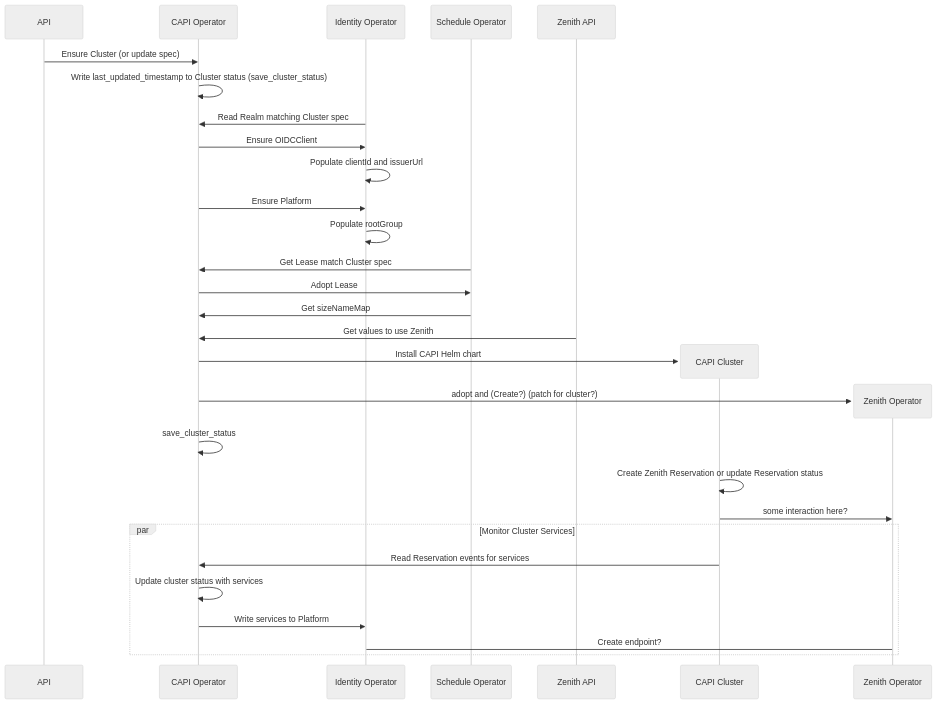
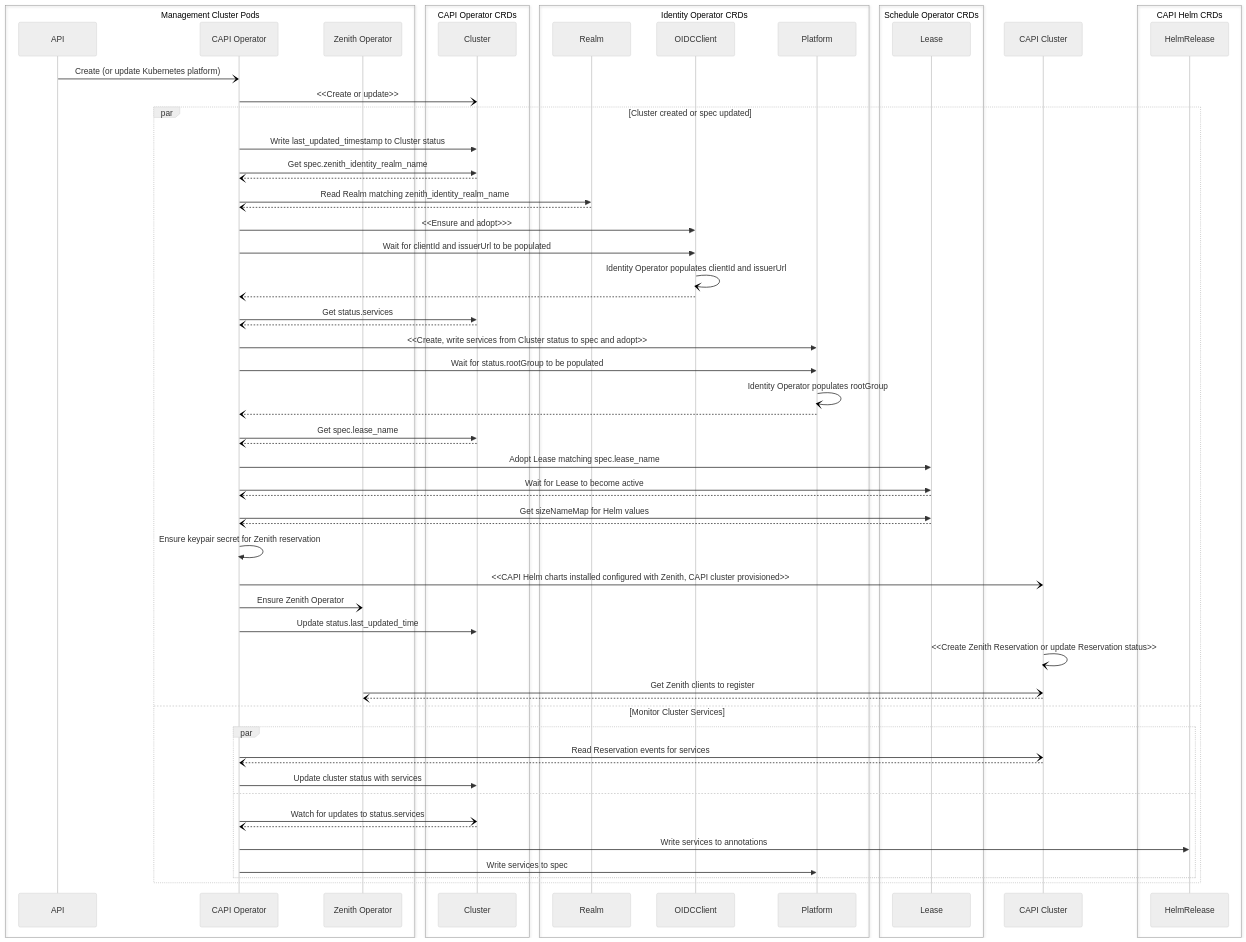
One commit to azimuth-cloud/azimuth-capi-operator changed the first of 2 diagrams in README.md. Above: the diagram before and after it, drawn with Mermaid (neutral theme). The commit also changed other lines of this file, not shown here.

Commit message:
updated to be in terms of CRD read/writes

````diff
--- a/README.md
+++ b/README.md
@@ -3,32 +3,67 @@
 ```mermaid
 sequenceDiagram
+    box Management Cluster Pods
     participant api as API
     participant capi as CAPI Operator
-    participant identity as Identity Operator
-    participant schedule as Schedule Operator
-    participant zenith-api as Zenith API
-    api->>capi: Ensure Cluster (or update spec)
-    capi->>capi: Write last_updated_timestamp to Cluster status (save_cluster_status)
-    identity->>capi: Read Realm matching Cluster spec
-    capi->>identity: Ensure OIDCClient
-    identity->>identity: Populate clientId and issuerUrl
-    capi->>identity: Ensure Platform
-    identity->>identity: Populate rootGroup
-    schedule->>capi: Get Lease match Cluster spec
-    capi->>schedule: Adopt Lease
-    schedule->>capi: Get sizeNameMap
-    zenith-api->>capi: Get values to use Zenith
-    create participant cluster as CAPI Cluster
-    capi->>cluster:Install CAPI Helm chart
-    create participant zenith-op as Zenith Operator
-    capi->>zenith-op: adopt and (Create?) (patch for cluster?)
-    capi->>capi: save_cluster_status
-    cluster->>cluster: Create Zenith Reservation or update Reservation status
-    cluster->>zenith-op: some interaction here?
-    par Monitor Cluster Services
-      cluster->>capi: Read Reservation events for services
-      capi->>capi: Update cluster status with services
-      capi->>identity: Write services to Platform
-      identity->zenith-op:Create endpoint?
+    participant zenith-op as Zenith Operator
+    end
+    box CAPI Operator CRDs
+    participant cluster as Cluster
+    end
+    box Identity Operator CRDs
+    participant realm as Realm
+    participant oidcclient as OIDCClient
+    participant platform as Platform
+    end
+    box Schedule Operator CRDs
+    participant lease as Lease
+    end
+    api-)capi: Create (or update Kubernetes platform)
+    capi-)cluster: <<Create or update>>
+    par Cluster created or spec updated
+      capi->>cluster: Write last_updated_timestamp to Cluster status
+      capi->>cluster: Get spec.zenith_identity_realm_name
+      cluster--)capi:
+      capi->>realm: Read Realm matching zenith_identity_realm_name
+      realm--)capi:
+      capi->>oidcclient: <<Ensure and adopt>>>
+      capi->>oidcclient: Wait for clientId and issuerUrl to be populated
+      oidcclient-)oidcclient: Identity Operator populates clientId and issuerUrl
+      oidcclient--)capi:
+      capi->>cluster: Get status.services
+      cluster--)capi:
+      capi->>platform: <<Create, write services from Cluster status to spec and adopt>>
+      capi->>platform: Wait for status.rootGroup to be populated
+      platform-)platform: Identity Operator populates rootGroup
+      platform--)capi:
+      capi->>cluster: Get spec.lease_name
+      cluster--)capi:
+      capi->>lease: Adopt Lease matching spec.lease_name
+      capi->>lease: Wait for Lease to become active
+      lease--)capi: 
+      capi->>lease: Get sizeNameMap for Helm values
+      lease--)capi:
+      capi->>capi: Ensure keypair secret for Zenith reservation
+      participant capi-cluster as CAPI Cluster
+      capi-)capi-cluster: <<CAPI Helm charts installed configured with Zenith, CAPI cluster provisioned>>
+      capi-)zenith-op: Ensure Zenith Operator
+      capi->>cluster: Update status.last_updated_time
+      capi-cluster-)capi-cluster: <<Create Zenith Reservation or update Reservation status>>
+      zenith-op-)capi-cluster: Get Zenith clients to register
+      capi-cluster--)zenith-op:
+    and Monitor Cluster Services
+      par
+        capi-)capi-cluster: Read Reservation events for services
+        capi-cluster--)capi:
+        capi->>cluster: Update cluster status with services
+      and
+        capi-)cluster: Watch for updates to status.services
+        cluster--)capi:
+        box CAPI Helm CRDs
+        participant helmrelease as HelmRelease
+        end
+        capi->>helmrelease: Write services to annotations
+        capi->>platform: Write services to spec
+      end
     end
 ```
````
